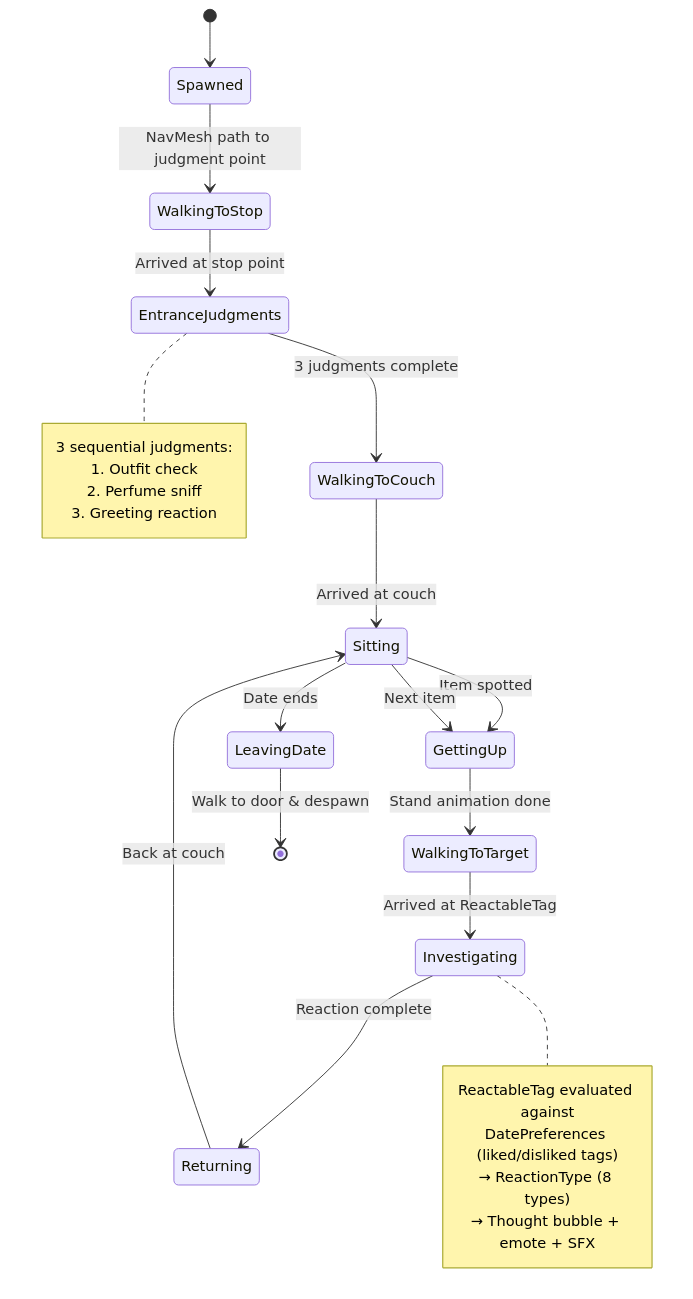
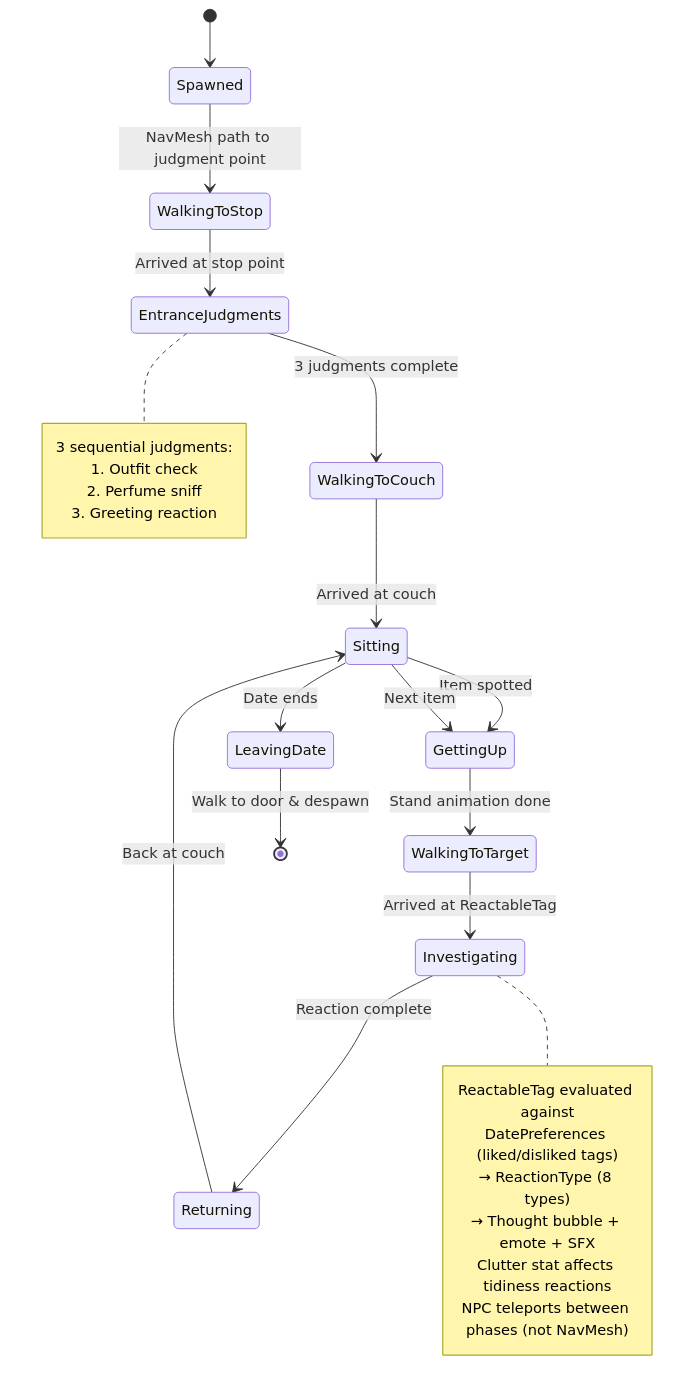
Before and after one commit to MartyChouette/iris_v3.0: the sixth of 30 diagrams in docs/IRIS_REPORT.md, drawn with Mermaid. The commit also changed other lines of this file and 1 other file, not shown here.

````diff
--- a/docs/IRIS_REPORT.md
+++ b/docs/IRIS_REPORT.md
@@ -298,36 +324,38 @@
 ```mermaid
 stateDiagram-v2
     [*] --> Spawned
     Spawned --> WalkingToStop: NavMesh path to judgment point
     WalkingToStop --> EntranceJudgments: Arrived at stop point
 
     EntranceJudgments --> WalkingToCouch: 3 judgments complete
 
     WalkingToCouch --> Sitting: Arrived at couch
     Sitting --> GettingUp: Item spotted
 
     GettingUp --> WalkingToTarget: Stand animation done
     WalkingToTarget --> Investigating: Arrived at ReactableTag
 
     Investigating --> Returning: Reaction complete
     Returning --> Sitting: Back at couch
 
     Sitting --> GettingUp: Next item
     Sitting --> LeavingDate: Date ends
 
     LeavingDate --> [*]: Walk to door & despawn
 
     note right of EntranceJudgments
         3 sequential judgments:
         1. Outfit check
         2. Perfume sniff
         3. Greeting reaction
     end note
 
     note right of Investigating
         ReactableTag evaluated against
         DatePreferences (liked/disliked tags)
         → ReactionType (8 types)
         → Thought bubble + emote + SFX
+        Clutter stat affects tidiness reactions
+        NPC teleports between phases (not NavMesh)
     end note
 ```
````
